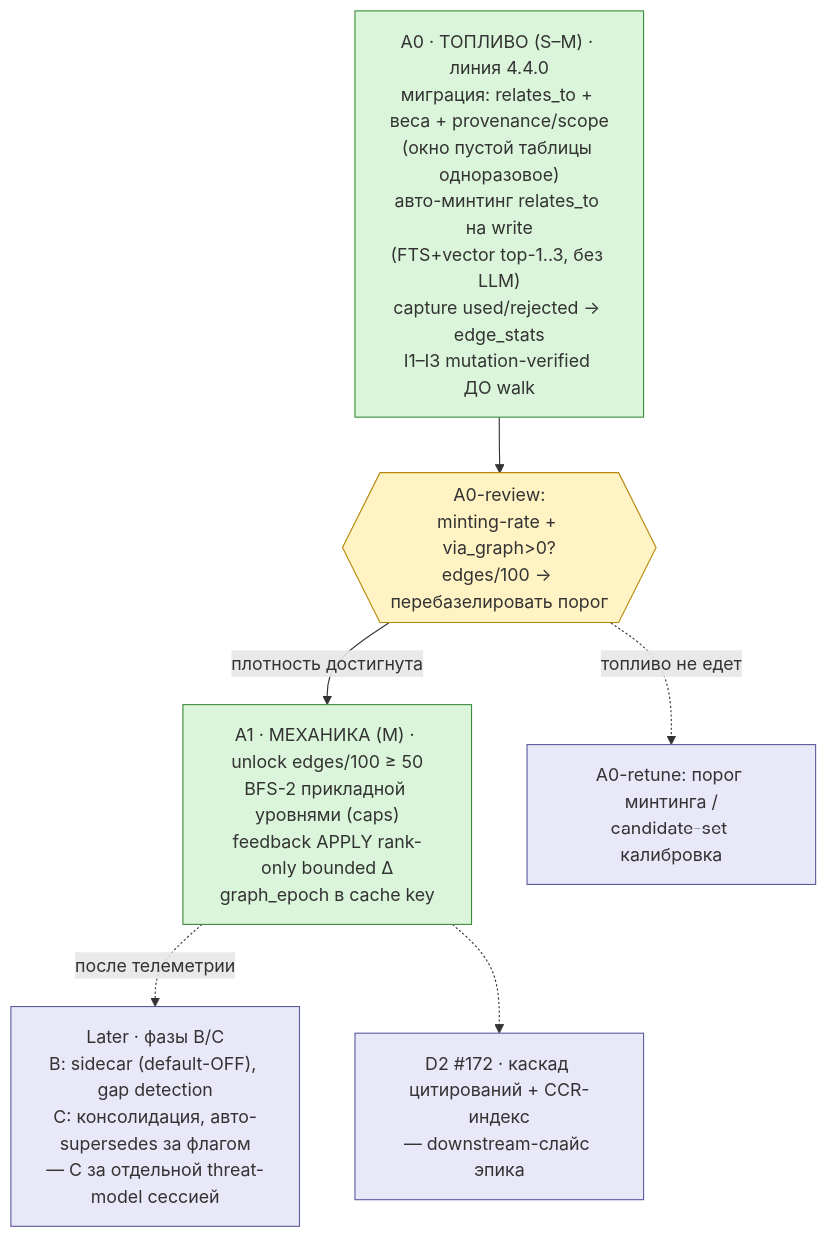
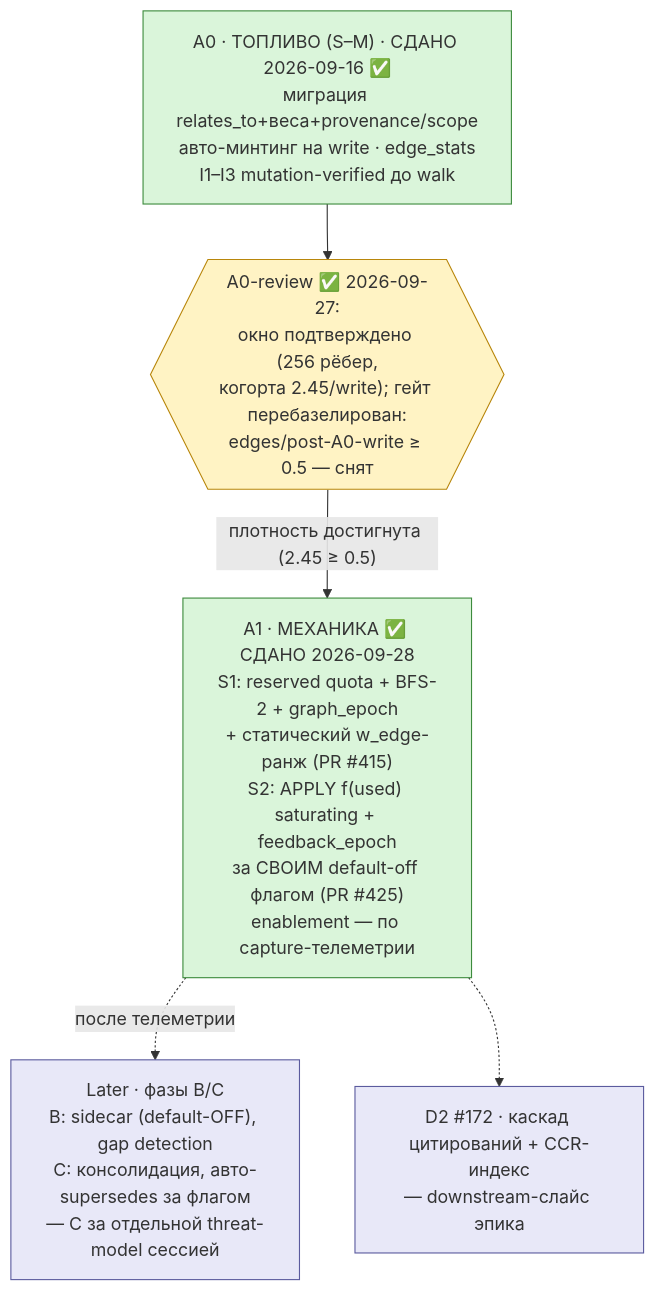
Before and after one commit to vesmaro/vesma: the fourth of 5 diagrams in docs/project/dev-plan.md, drawn with Mermaid. The commit also changed other lines of this file, not shown here.

````diff
--- a/docs/project/dev-plan.md
+++ b/docs/project/dev-plan.md
@@ -584,19 +630,18 @@
 ```mermaid
 flowchart TD
-    A0["A0 · ТОПЛИВО (S–M) · линия 4.4.0<br/>миграция: relates_to + веса + provenance/scope<br/>(окно пустой таблицы одноразовое)<br/>авто-минтинг relates_to на write<br/>(FTS+vector top-1..3, без LLM)<br/>capture used/rejected → edge_stats<br/>I1–I3 mutation-verified ДО walk"]
-    GA{{"A0-review:<br/>minting-rate + via_graph>0?<br/>edges/100 → перебазелировать порог"}}
-    A1["A1 · МЕХАНИКА (M) · unlock edges/100 ≥ 50<br/>BFS-2 прикладной уровнями (caps)<br/>feedback APPLY rank-only bounded Δ<br/>graph_epoch в cache key"]
+    A0["A0 · ТОПЛИВО (S–M) · СДАНО 2026-09-16 ✅<br/>миграция relates_to+веса+provenance/scope<br/>авто-минтинг на write · edge_stats<br/>I1–I3 mutation-verified до walk"]
+    GA{{"A0-review ✅ 2026-09-27:<br/>окно подтверждено (256 рёбер,<br/>когорта 2.45/write); гейт перебазелирован:<br/>edges/post-A0-write ≥ 0.5 — снят"}}
+    A1["A1 · МЕХАНИКА ✅ СДАНО 2026-09-28<br/>S1: reserved quota + BFS-2 + graph_epoch<br/>+ статический w_edge-ранж (PR #415)<br/>S2: APPLY f(used) saturating + feedback_epoch<br/>за СВОИМ default-off флагом (PR #425)<br/>enablement — по capture-телеметрии"]
     LR["Later · фазы B/C<br/>B: sidecar (default-OFF), gap detection<br/>C: консолидация, авто-supersedes за флагом<br/>— C за отдельной threat-model сессией"]
     D2S["D2 #172 · каскад цитирований + CCR-индекс<br/>— downstream-слайс эпика"]
     A0 --> GA
-    GA -- "плотность достигнута" --> A1
-    GA -. "топливо не едет" .-> A0R["A0-retune: порог минтинга /<br/>candidate-set калибровка"]
+    GA -- "плотность достигнута (2.45 ≥ 0.5)" --> A1
     A1 -. после телеметрии .-> LR
     A1 -.-> D2S
-    classDef phase fill:#daf5da,stroke:#3d8b3d
+    classDef done fill:#daf5da,stroke:#3d8b3d
     classDef gate fill:#fff3c4,stroke:#b8860b
     classDef later fill:#e8e8f8,stroke:#5b5b9e
-    class A0,A1 phase
+    class A0,A1 done
     class GA gate
-    class LR,D2S,A0R later
+    class LR,D2S later
 ```
````
